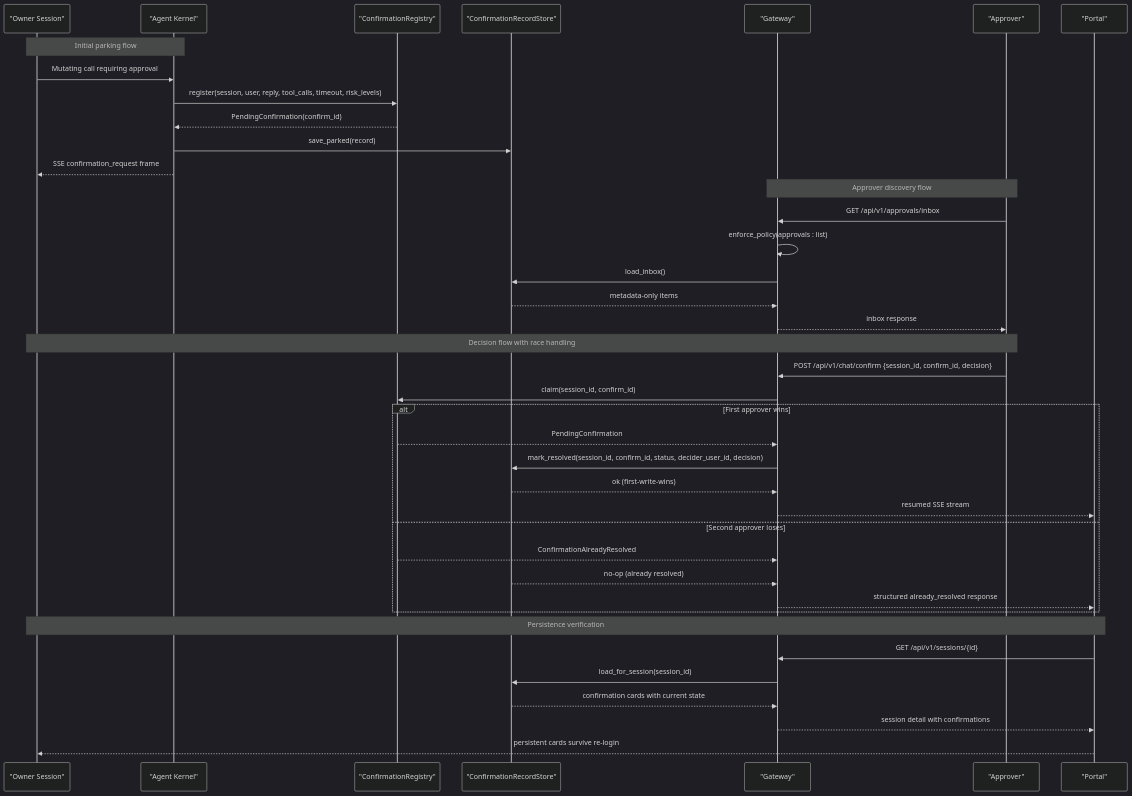
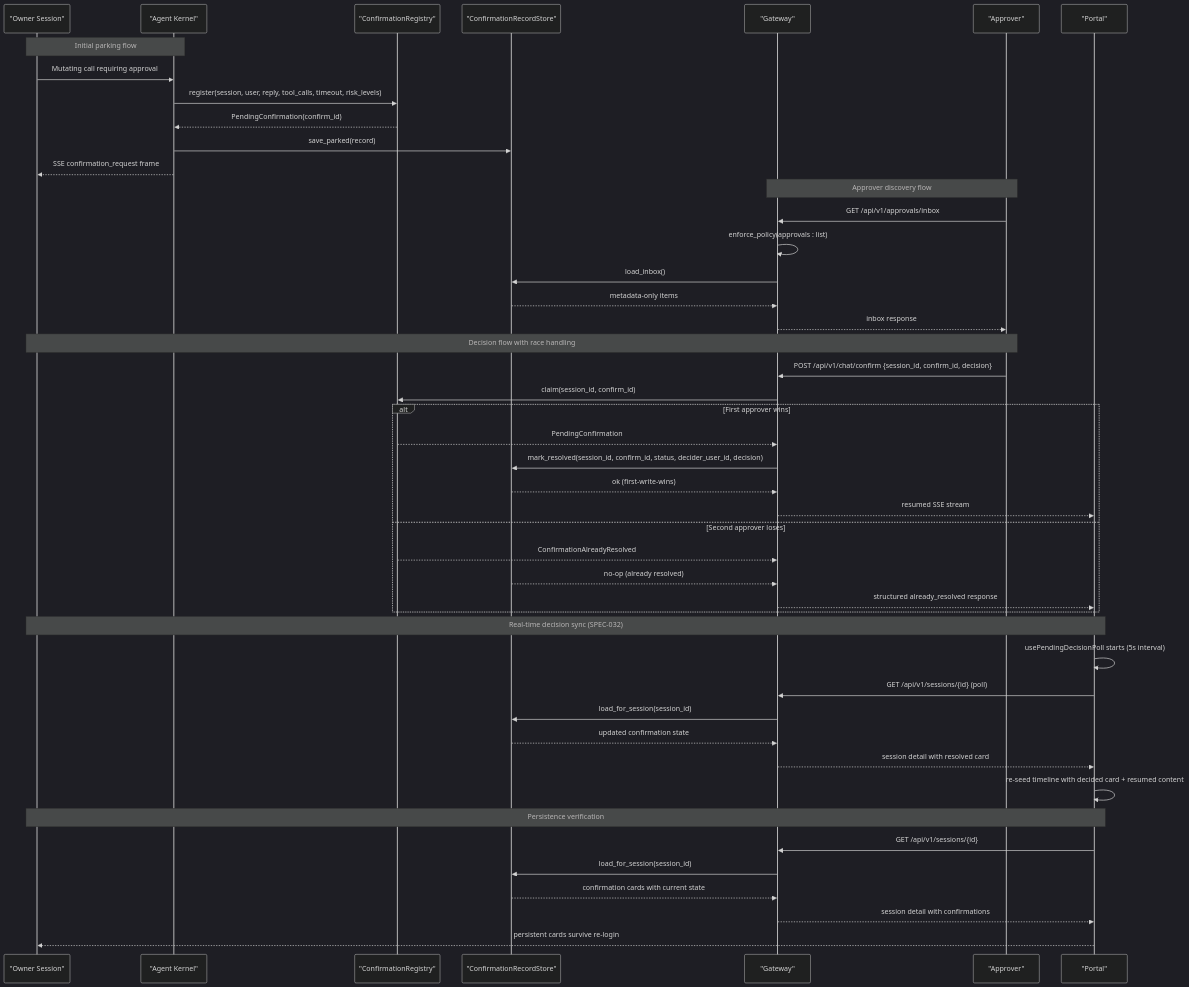
Before and after one commit to metasync/luban-aiops: the second of 8 diagrams in .qoder/repowiki/en/content/Architecture Documentation/SPEC-031_ Approval Inbox and Persistent Confirmation Cards.md, drawn with Mermaid (dark theme). The commit also changed other lines of this file and 18 other files, not shown here.

````diff
--- a/.qoder/repowiki/en/content/Architecture Documentation/SPEC-031_ Approval Inbox and Persistent Confirmation Cards.md
+++ b/.qoder/repowiki/en/content/Architecture Documentation/SPEC-031_ Approval Inbox and Persistent Confirmation Cards.md
@@ -109,41 +123,48 @@
 ```mermaid
 sequenceDiagram
 participant Owner as "Owner Session"
 participant Kernel as "Agent Kernel"
 participant Registry as "ConfirmationRegistry"
 participant Store as "ConfirmationRecordStore"
 participant Gateway as "Gateway"
 participant Approver as "Approver"
 participant Portal as "Portal"
 Note over Owner,Kernel : Initial parking flow
 Owner->>Kernel : Mutating call requiring approval
 Kernel->>Registry : register(session, user, reply, tool_calls, timeout, risk_levels)
 Registry-->>Kernel : PendingConfirmation(confirm_id)
 Kernel->>Store : save_parked(record)
 Kernel-->>Owner : SSE confirmation_request frame
 Note over Approver,Gateway : Approver discovery flow
 Approver->>Gateway : GET /api/v1/approvals/inbox
 Gateway->>Gateway : enforce_policy(approvals : list)
 Gateway->>Store : load_inbox()
 Store-->>Gateway : metadata-only items
 Gateway-->>Approver : inbox response
 Note over Approver,Owner : Decision flow with race handling
 Approver->>Gateway : POST /api/v1/chat/confirm {session_id, confirm_id, decision}
 Gateway->>Registry : claim(session_id, confirm_id)
 alt First approver wins
 Registry-->>Gateway : PendingConfirmation
 Gateway->>Store : mark_resolved(session_id, confirm_id, status, decider_user_id, decision)
 Store-->>Gateway : ok (first-write-wins)
 Gateway-->>Portal : resumed SSE stream
 else Second approver loses
 Registry-->>Gateway : ConfirmationAlreadyResolved
 Store-->>Gateway : no-op (already resolved)
 Gateway-->>Portal : structured already_resolved response
 end
+Note over Owner,Portal : Real-time decision sync (SPEC-032)
+Portal->>Portal : usePendingDecisionPoll starts (5s interval)
+Portal->>Gateway : GET /api/v1/sessions/{id} (poll)
+Gateway->>Store : load_for_session(session_id)
+Store-->>Gateway : updated confirmation state
+Gateway-->>Portal : session detail with resolved card
+Portal->>Portal : re-seed timeline with decided card + resumed content
 Note over Owner,Portal : Persistence verification
 Portal->>Gateway : GET /api/v1/sessions/{id}
 Gateway->>Store : load_for_session(session_id)
 Store-->>Gateway : confirmation cards with current state
 Gateway-->>Portal : session detail with confirmations
 Portal-->>Owner : persistent cards survive re-login
 ```
````
